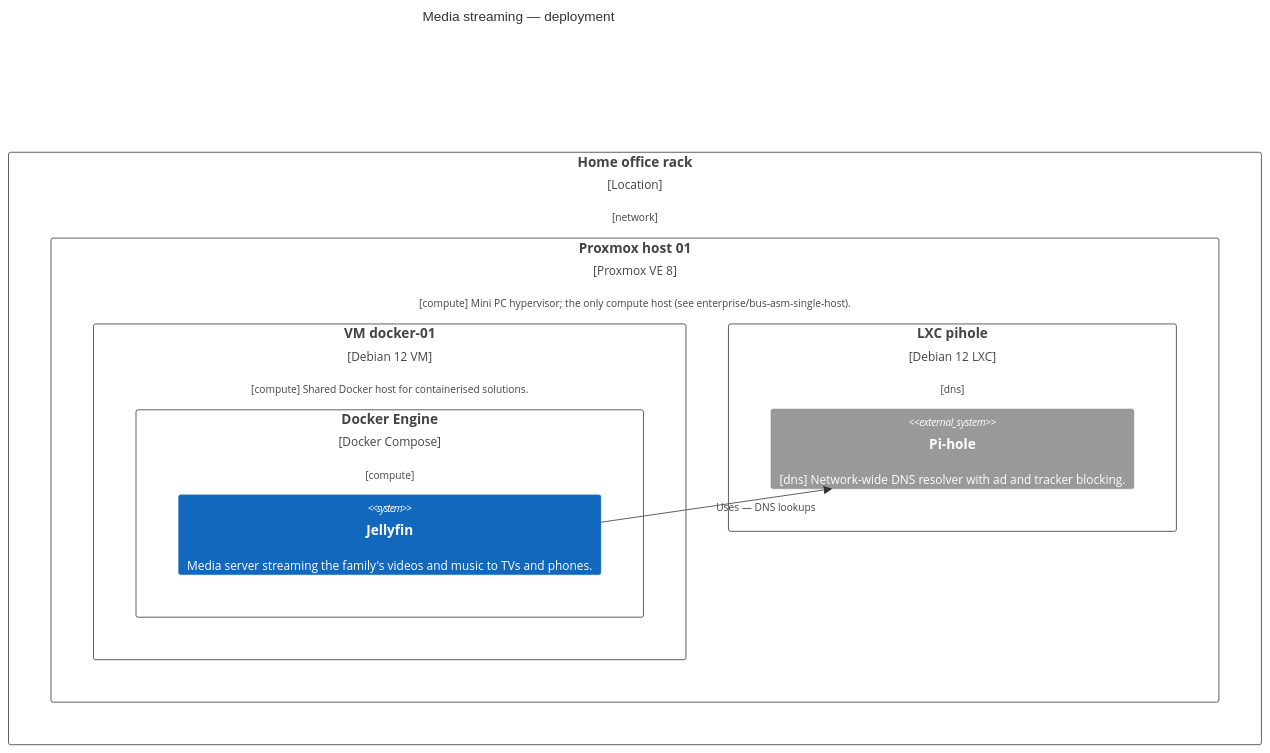
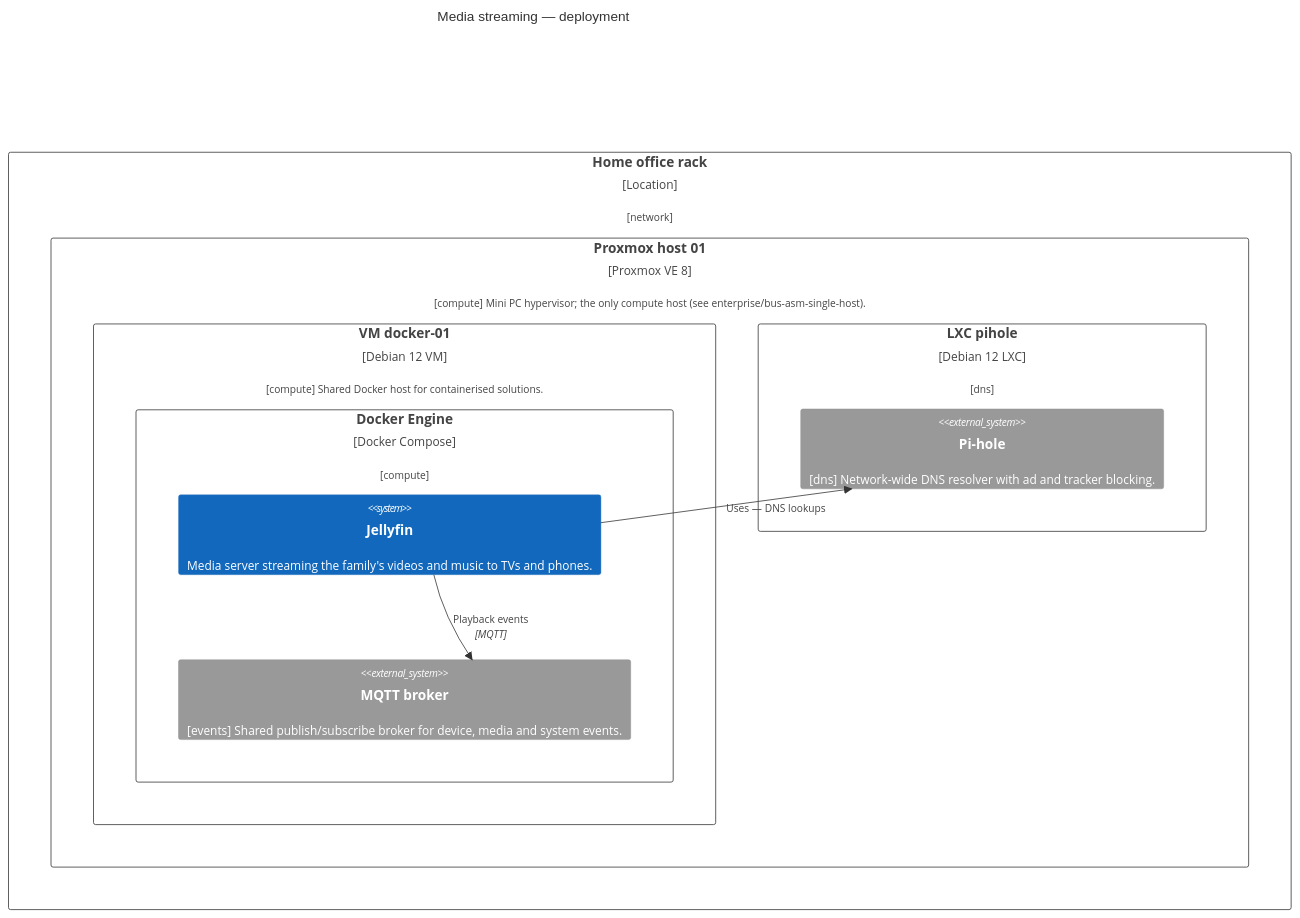
Before and after one commit to b-zig/a4m: the third of 3 diagrams in docs/media/c4-deployment.md, drawn with Mermaid. The commit also changed other lines of this file and 28 other files, not shown here.

First line of the commit message:
Add events platform SA (MQTT event fabric) and its first consumers

````diff
--- a/docs/media/c4-deployment.md
+++ b/docs/media/c4-deployment.md
@@ -41,18 +45,20 @@
 ```mermaid
 C4Deployment
   title Media streaming — deployment
   Deployment_Node(network__infra_loc_home, "Home office rack", "Location", "[network]") {
     Deployment_Node(compute__infra_pve_01, "Proxmox host 01", "Proxmox VE 8", "[compute] Mini PC hypervisor; the only compute host (see enterprise/bus-asm-single-host).") {
       Deployment_Node(compute__infra_vm_docker, "VM docker-01", "Debian 12 VM", "[compute] Shared Docker host for containerised solutions.") {
         Deployment_Node(compute__infra_docker, "Docker Engine", "Docker Compose", "[compute]") {
           System(app_jellyfin, "Jellyfin", "Media server streaming the family's videos and music to TVs and phones.")
+          System_Ext(events__app_mqtt_broker, "MQTT broker", "[events] Shared publish/subscribe broker for device, media and system events.")
         }
       }
       Deployment_Node(dns__infra_lxc_pihole, "LXC pihole", "Debian 12 LXC", "[dns]") {
         System_Ext(dns__app_pihole, "Pi-hole", "[dns] Network-wide DNS resolver with ad and tracker blocking.")
       }
     }
   }
   Rel(app_jellyfin, dns__app_pihole, "Uses — DNS lookups")
+  Rel(app_jellyfin, events__app_mqtt_broker, "Playback events", "MQTT")
   UpdateLayoutConfig($c4ShapeInRow="4", $c4BoundaryInRow="2")
 ```
````
